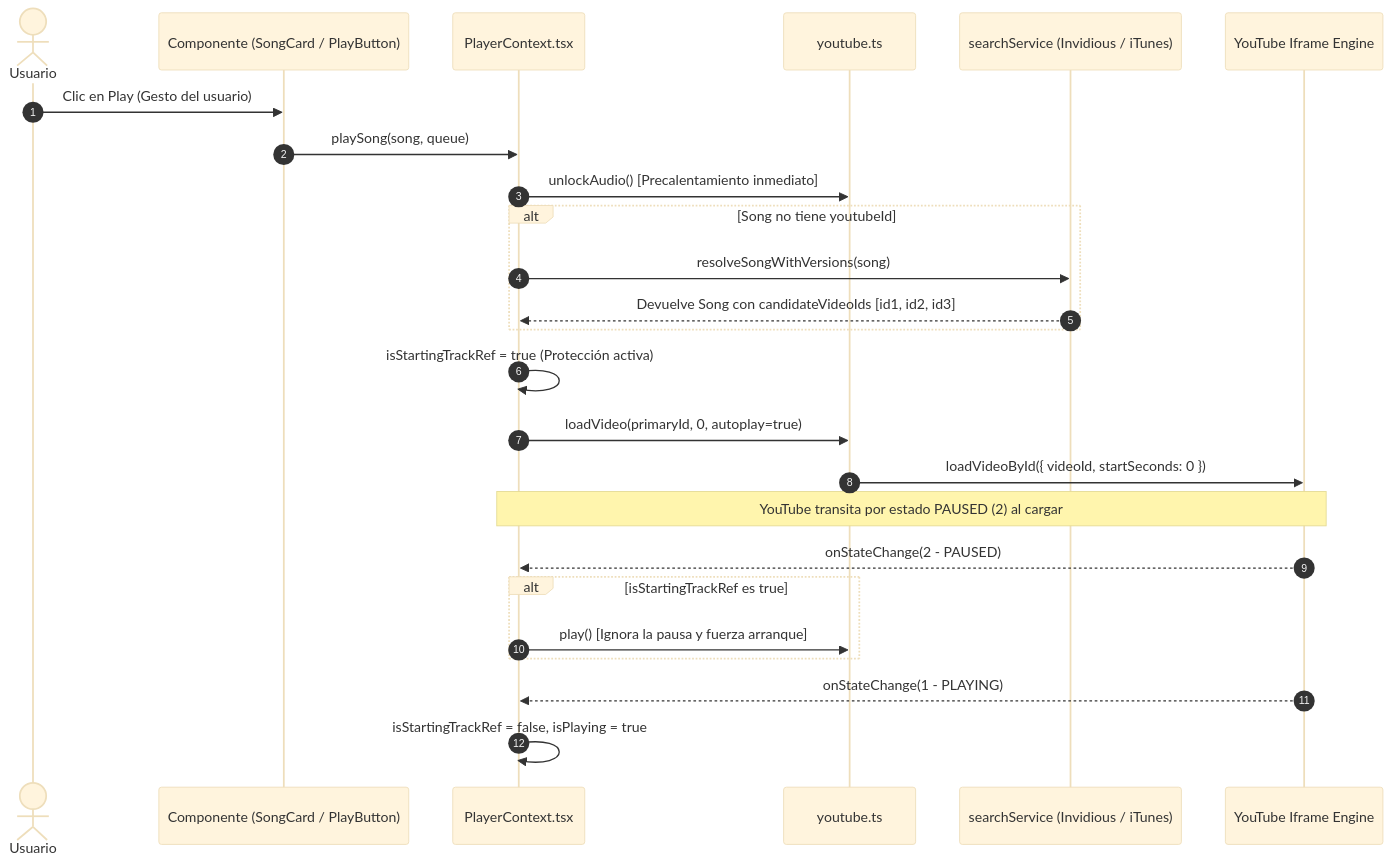
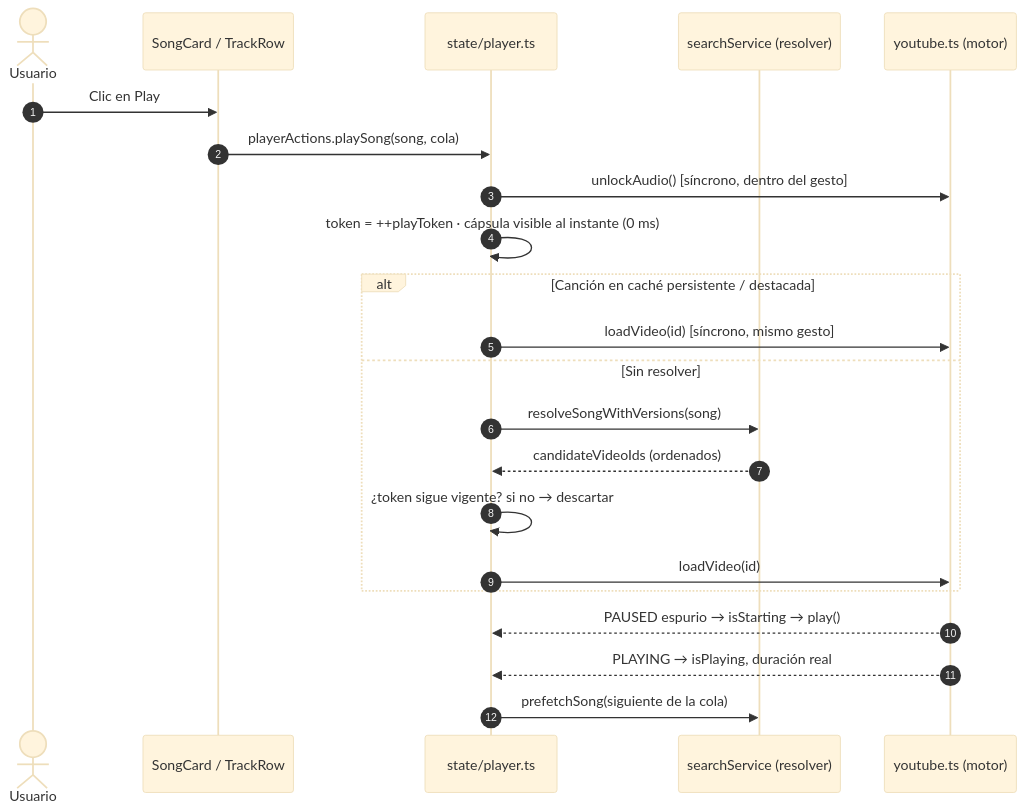
The diagram in docs/audio-engine.md (daniih03/free-spoty), drawn with Mermaid (base theme) before and after one commit. The commit also changed other lines of this file and 67 other files, not shown here.

````diff
--- a/docs/audio-engine.md
+++ b/docs/audio-engine.md
@@ -11,32 +11,25 @@
 ```mermaid
 sequenceDiagram
     autonumber
     actor User as Usuario
-    participant UI as Componente (SongCard / PlayButton)
-    participant PC as PlayerContext.tsx
-    participant YTS as youtube.ts
-    participant API as searchService (Invidious / iTunes)
-    participant YT as YouTube Iframe Engine
+    participant UI as SongCard / TrackRow
+    participant PS as state/player.ts
+    participant RS as searchService (resolver)
+    participant EN as youtube.ts (motor)
 
-    User->>UI: Clic en Play (Gesto del usuario)
-    UI->>PC: playSong(song, queue)
-    PC->>YTS: unlockAudio() [Precalentamiento inmediato]
-    
-    alt Song no tiene youtubeId
-        PC->>API: resolveSongWithVersions(song)
-        API-->>PC: Devuelve Song con candidateVideoIds [id1, id2, id3]
+    User->>UI: Clic en Play
+    UI->>PS: playerActions.playSong(song, cola)
+    PS->>EN: unlockAudio() [síncrono, dentro del gesto]
+    PS->>PS: token = ++playToken · cápsula visible al instante (0 ms)
+    alt Canción en caché persistente / destacada
+        PS->>EN: loadVideo(id) [síncrono, mismo gesto]
+    else Sin resolver
+        PS->>RS: resolveSongWithVersions(song)
+        RS-->>PS: candidateVideoIds (ordenados)
+        PS->>PS: ¿token sigue vigente? si no → descartar
+        PS->>EN: loadVideo(id)
     end
-
-    PC->>PC: isStartingTrackRef = true (Protección activa)
-    PC->>YTS: loadVideo(primaryId, 0, autoplay=true)
-    YTS->>YT: loadVideoById({ videoId, startSeconds: 0 })
-    
-    Note over YT,PC: YouTube transita por estado PAUSED (2) al cargar
-    YT-->>PC: onStateChange(2 - PAUSED)
-    alt isStartingTrackRef es true
-        PC->>YTS: play() [Ignora la pausa y fuerza arranque]
-    end
-
-    YT-->>PC: onStateChange(1 - PLAYING)
-    PC->>PC: isStartingTrackRef = false, isPlaying = true
+    EN-->>PS: PAUSED espurio → isStarting → play()
+    EN-->>PS: PLAYING → isPlaying, duración real
+    PS->>RS: prefetchSong(siguiente de la cola)
 ```
````
